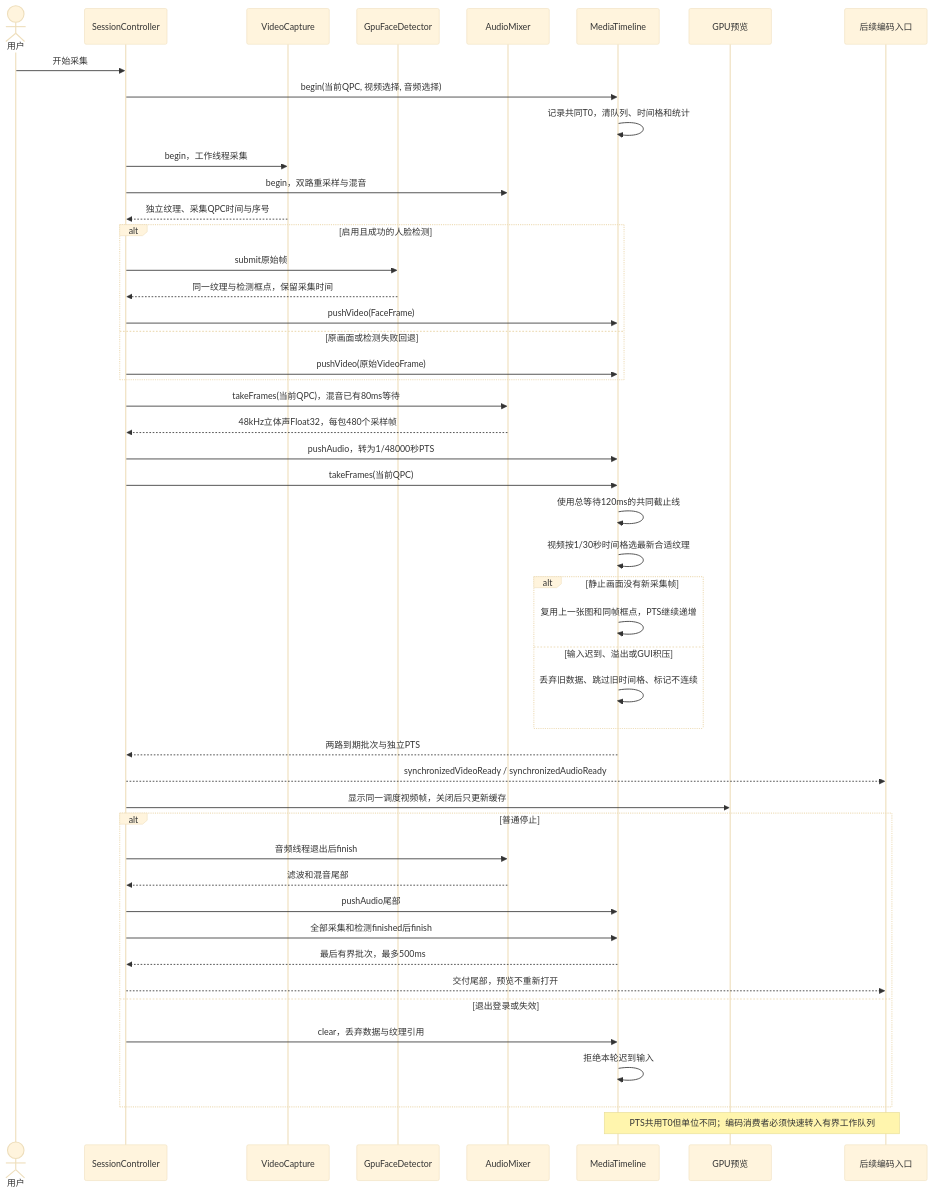
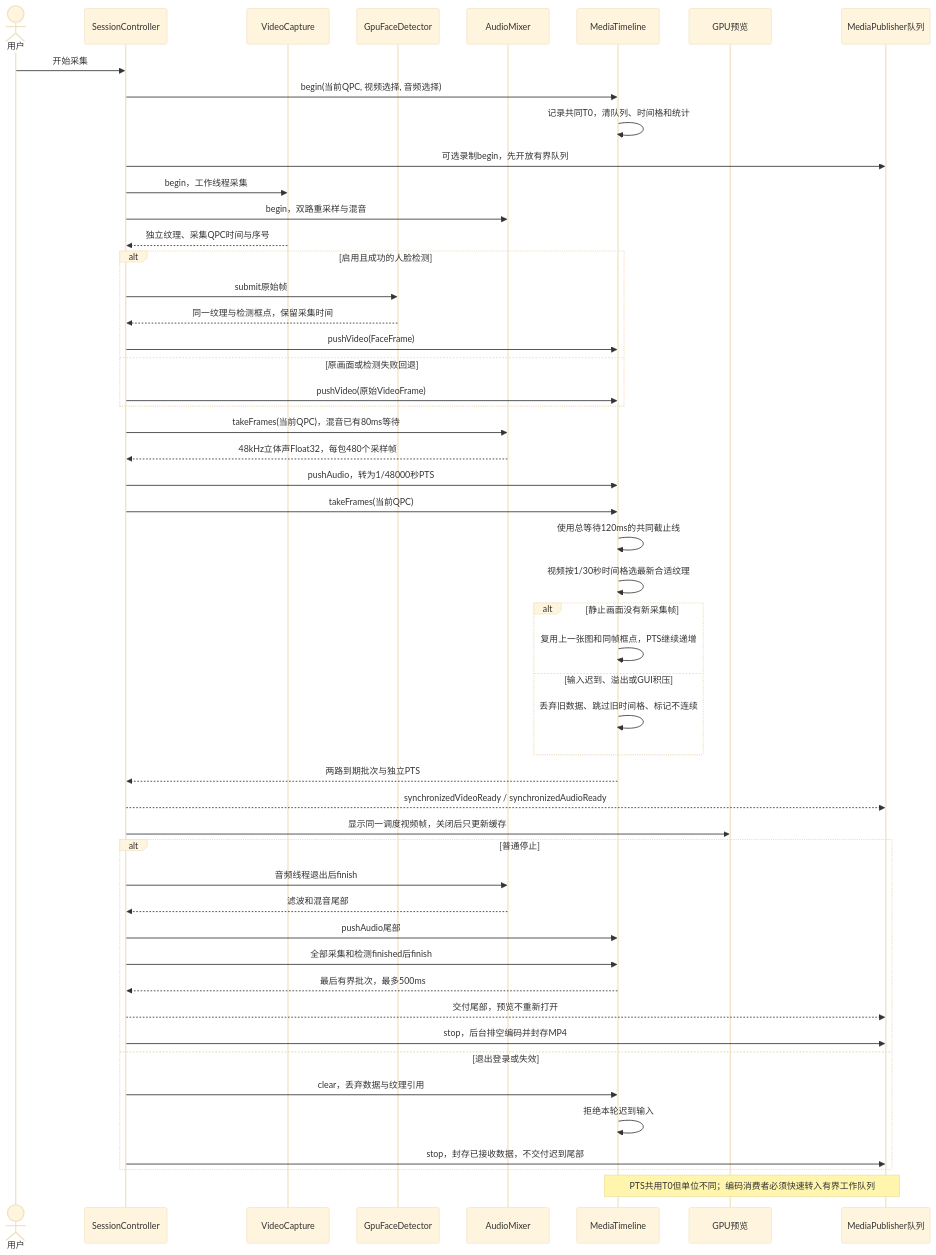
One commit to kingsman-svg/OBS changed the diagram in docs/uml/media-sync.mmd. Above: the diagram before and after it, drawn with Mermaid (base theme). The commit also changed 40 other files, not shown here.

```diff
--- a/docs/uml/media-sync.mmd
+++ b/docs/uml/media-sync.mmd
@@ -1,48 +1,51 @@
 sequenceDiagram
 actor U as 用户
 participant C as SessionController
 participant W as VideoCapture
 participant F as GpuFaceDetector
 participant M as AudioMixer
 participant T as MediaTimeline
 participant P as GPU预览
-participant E as 后续编码入口
+participant E as MediaPublisher队列
 U->>C: 开始采集
 C->>T: begin(当前QPC, 视频选择, 音频选择)
 T->>T: 记录共同T0，清队列、时间格和统计
+C->>E: 可选录制begin，先开放有界队列
 C->>W: begin，工作线程采集
 C->>M: begin，双路重采样与混音
 W-->>C: 独立纹理、采集QPC时间与序号
 alt 启用且成功的人脸检测
 C->>F: submit原始帧
 F-->>C: 同一纹理与检测框点，保留采集时间
 C->>T: pushVideo(FaceFrame)
 else 原画面或检测失败回退
 C->>T: pushVideo(原始VideoFrame)
 end
 C->>M: takeFrames(当前QPC)，混音已有80ms等待
 M-->>C: 48kHz立体声Float32，每包480个采样帧
 C->>T: pushAudio，转为1/48000秒PTS
 C->>T: takeFrames(当前QPC)
 T->>T: 使用总等待120ms的共同截止线
 T->>T: 视频按1/30秒时间格选最新合适纹理
 alt 静止画面没有新采集帧
 T->>T: 复用上一张图和同帧框点，PTS继续递增
 else 输入迟到、溢出或GUI积压
 T->>T: 丢弃旧数据、跳过旧时间格、标记不连续
 end
 T-->>C: 两路到期批次与独立PTS
 C-->>E: synchronizedVideoReady / synchronizedAudioReady
 C->>P: 显示同一调度视频帧，关闭后只更新缓存
 alt 普通停止
 C->>M: 音频线程退出后finish
 M-->>C: 滤波和混音尾部
 C->>T: pushAudio尾部
 C->>T: 全部采集和检测finished后finish
 T-->>C: 最后有界批次，最多500ms
 C-->>E: 交付尾部，预览不重新打开
+C->>E: stop，后台排空编码并封存MP4
 else 退出登录或失效
 C->>T: clear，丢弃数据与纹理引用
 T->>T: 拒绝本轮迟到输入
+C->>E: stop，封存已接收数据，不交付迟到尾部
 end
 Note over T,E: PTS共用T0但单位不同；编码消费者必须快速转入有界工作队列
```
